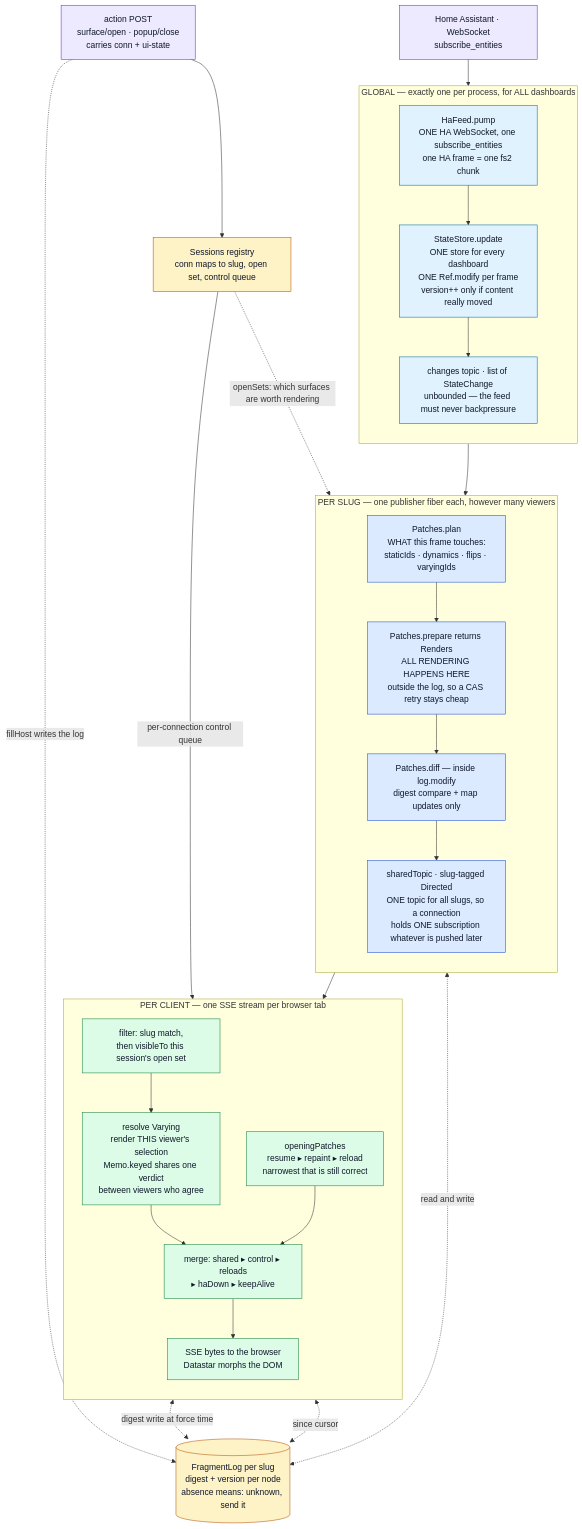
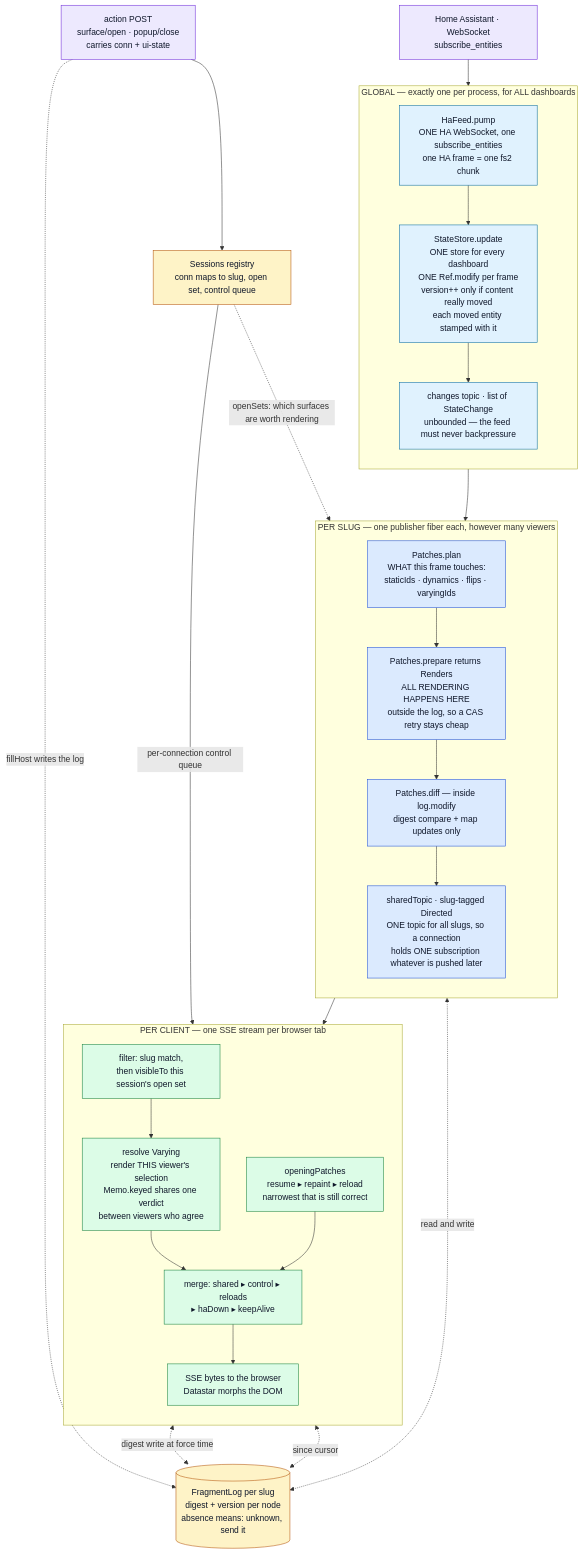
One commit to perok/functional-home-assistant changed the first of 3 diagrams in docs/architecture-rendering-pipeline.md. Above: the diagram before and after it, drawn with Mermaid. The commit also changed other lines of this file and 1 other file, not shown here.

````diff
--- a/docs/architecture-rendering-pipeline.md
+++ b/docs/architecture-rendering-pipeline.md
@@ -30,54 +30,54 @@
 ```mermaid
 flowchart TB
   HA["Home Assistant · WebSocket<br/>subscribe_entities"]
 
   subgraph GLOBAL["GLOBAL — exactly one per process, for ALL dashboards"]
     direction TB
     PUMP["HaFeed.pump<br/>ONE HA WebSocket, one subscribe_entities<br/>one HA frame = one fs2 chunk"]
-    STORE["StateStore.update<br/>ONE store for every dashboard<br/>ONE Ref.modify per frame<br/>version++ only if content really moved"]
+    STORE["StateStore.update<br/>ONE store for every dashboard<br/>ONE Ref.modify per frame<br/>version++ only if content really moved<br/>each moved entity stamped with it"]
     CH["changes topic · list of StateChange<br/>unbounded — the feed must never backpressure"]
   end
 
   subgraph SHARED["PER SLUG — one publisher fiber each, however many viewers"]
     direction TB
     PLAN["Patches.plan<br/>WHAT this frame touches:<br/>staticIds · dynamics · flips · varyingIds"]
     PREP["Patches.prepare returns Renders<br/>ALL RENDERING HAPPENS HERE<br/>outside the log, so a CAS retry stays cheap"]
     DIFF["Patches.diff — inside log.modify<br/>digest compare + map updates only"]
     TOPIC["sharedTopic · slug-tagged Directed<br/>ONE topic for all slugs, so a connection<br/>holds ONE subscription whatever is pushed later"]
   end
 
   subgraph CLIENT["PER CLIENT — one SSE stream per browser tab"]
     direction TB
     OPEN["openingPatches<br/>resume ▸ repaint ▸ reload<br/>narrowest that is still correct"]
     FILT["filter: slug match,<br/>then visibleTo this session's open set"]
     RESOLVE["resolve Varying<br/>render THIS viewer's selection<br/>Memo.keyed shares one verdict<br/>between viewers who agree"]
     MERGE["merge: shared ▸ control ▸ reloads<br/>▸ haDown ▸ keepAlive"]
     SSE["SSE bytes to the browser<br/>Datastar morphs the DOM"]
   end
 
   ACT["action POST<br/>surface/open · popup/close<br/>carries conn + ui-state"]
   SESS["Sessions registry<br/>conn maps to slug, open set, control queue"]
   LOG[("FragmentLog per slug<br/>digest + version per node<br/>absence means: unknown, send it")]
 
   HA --> PUMP --> STORE --> CH --> PLAN --> PREP --> DIFF --> TOPIC
   TOPIC --> FILT --> RESOLVE --> MERGE --> SSE
   OPEN --> MERGE
   DIFF <-.->|read and write| LOG
   RESOLVE <-.->|digest write at force time| LOG
   OPEN <-.->|since cursor| LOG
   ACT --> SESS
   SESS -->|per-connection control queue| MERGE
   ACT -.->|fillHost writes the log| LOG
   SESS -.->|openSets: which surfaces are worth rendering| PLAN
 
   classDef global fill:#e0f2fe,stroke:#0369a1,color:#0f172a
   classDef shared fill:#dbeafe,stroke:#1d4ed8,color:#0f172a
   classDef client fill:#dcfce7,stroke:#15803d,color:#0f172a
   classDef store fill:#fef3c7,stroke:#b45309,color:#0f172a
   classDef ext fill:#ede9fe,stroke:#6d28d9,color:#0f172a
   class PUMP,STORE,CH global
   class PLAN,PREP,DIFF,TOPIC shared
   class OPEN,FILT,RESOLVE,MERGE,SSE client
   class LOG,SESS store
   class HA,ACT ext
 ```
````
